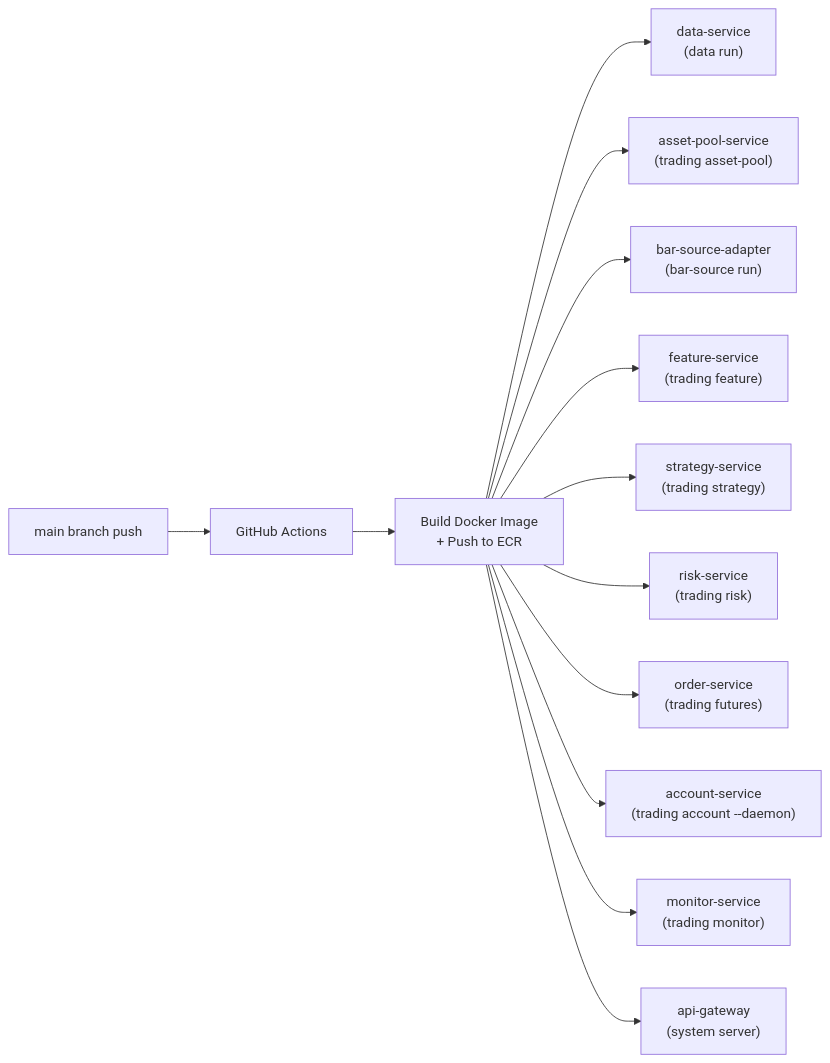
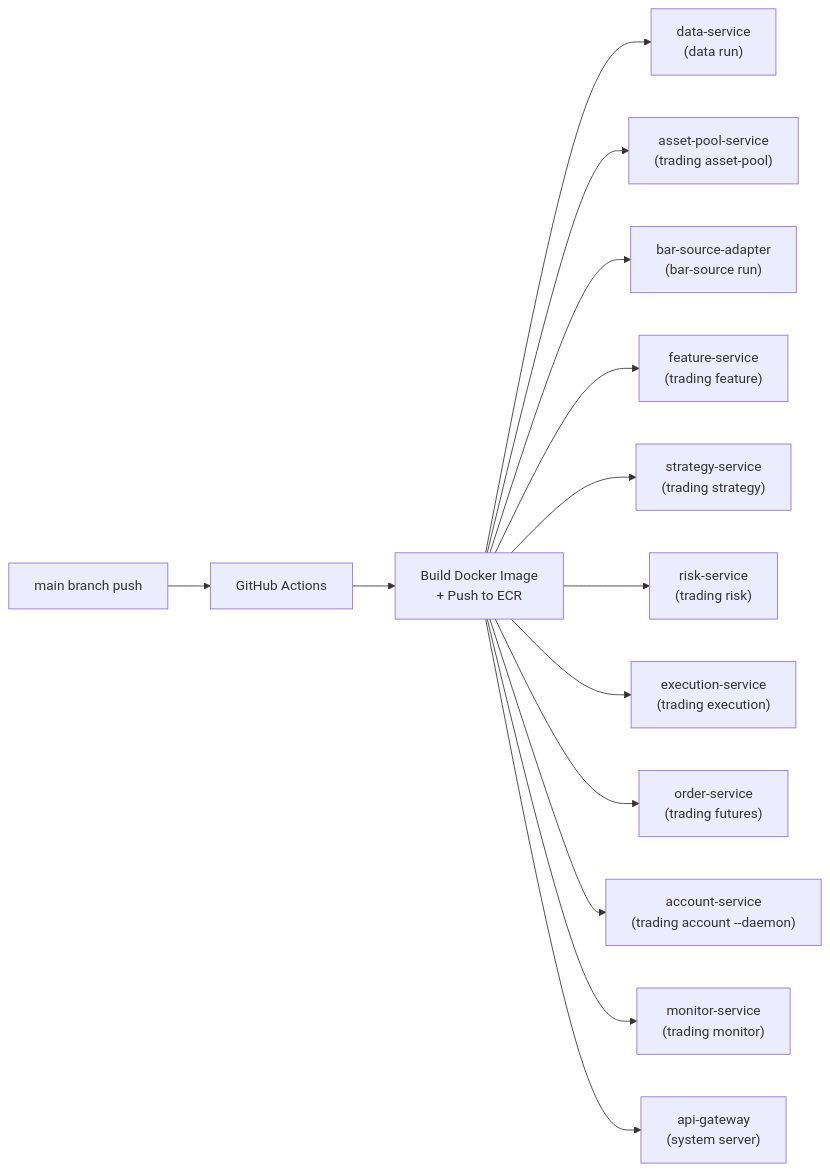
The fourth of 5 diagrams in content/architecture/index.md (DragonQuantt/docs), drawn with Mermaid before and after one commit. The commit also changed other lines of this file and 2 other files, not shown here.

Commit message:
Add Execution service doc.

````diff
--- a/content/architecture/index.md
+++ b/content/architecture/index.md
@@ -1029,15 +1193,16 @@
 ```mermaid
 flowchart LR
     Push["main branch push"] --> GHA["GitHub Actions"]
     GHA --> Build["Build Docker Image\n+ Push to ECR"]
     Build --> D1["data-service\n(data run)"]
     Build --> D2["asset-pool-service\n(trading asset-pool)"]
     Build --> D3["bar-source-adapter\n(bar-source run)"]
     Build --> D4["feature-service\n(trading feature)"]
     Build --> D5["strategy-service\n(trading strategy)"]
     Build --> D6["risk-service\n(trading risk)"]
-    Build --> D7["order-service\n(trading futures)"]
-    Build --> D8["account-service\n(trading account --daemon)"]
-    Build --> D9["monitor-service\n(trading monitor)"]
-    Build --> D10["api-gateway\n(system server)"]
+    Build --> D7["execution-service\n(trading execution)"]
+    Build --> D8["order-service\n(trading futures)"]
+    Build --> D9["account-service\n(trading account --daemon)"]
+    Build --> D10["monitor-service\n(trading monitor)"]
+    Build --> D11["api-gateway\n(system server)"]
 ```
````
